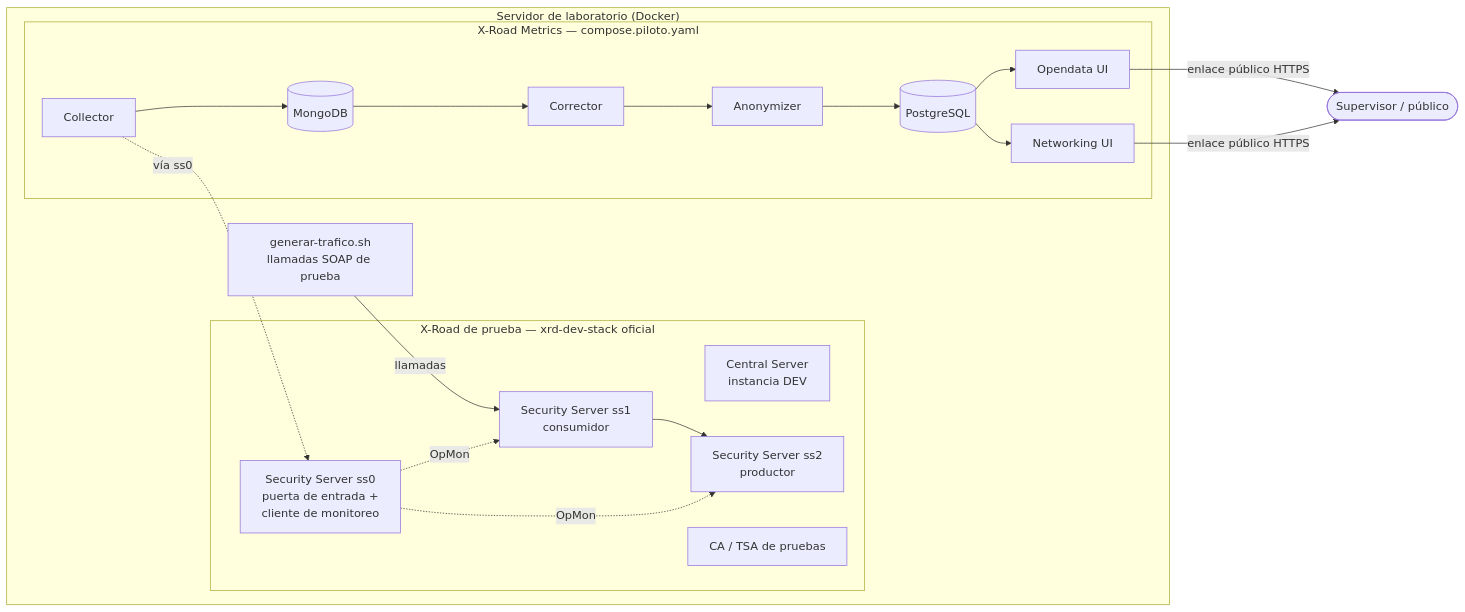
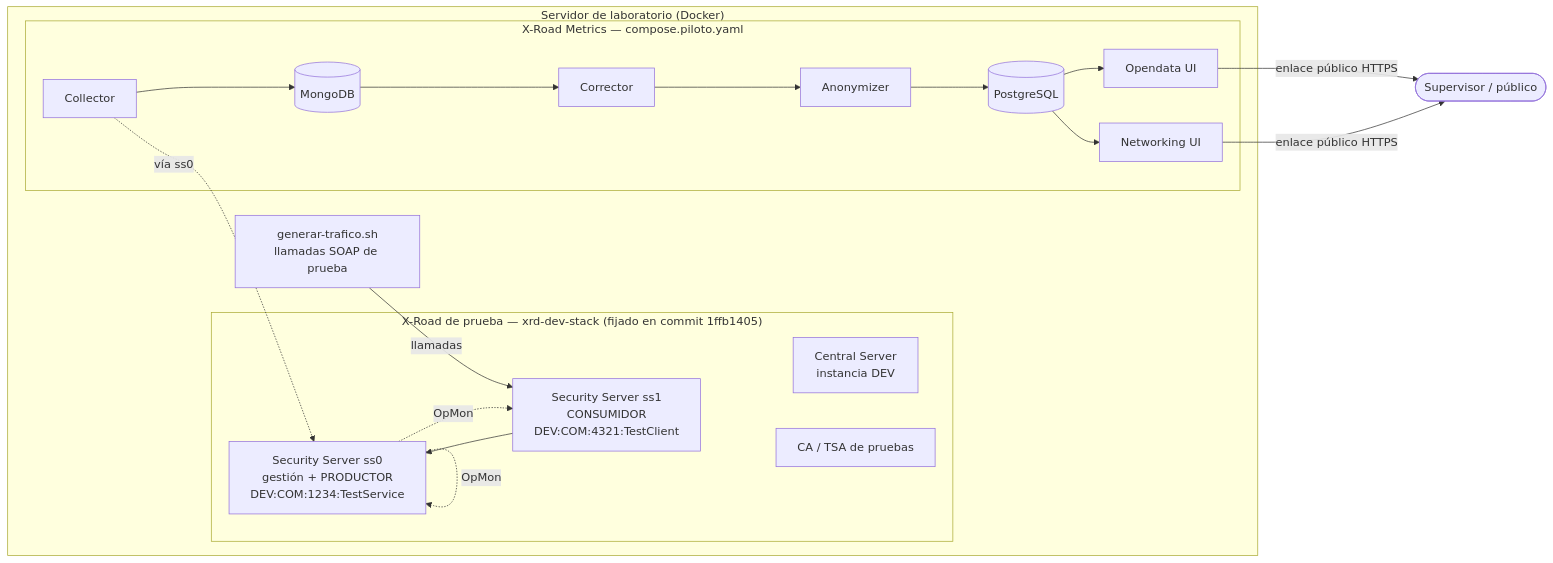
One commit to yasmanygm/xroad-monitoring changed the diagram in docs/12-laboratorio-xroad-prueba.md. Above: the diagram before and after it, drawn with Mermaid. The commit also changed other lines of this file and 1 other file, not shown here.

Commit message:
Corrige la guía del laboratorio (xrd-dev-stack en 1ffb1405, topología ss0/ss1, puerto 4310) y registra la decisión: enlace demo con Cloudflare Tunnel

````diff
--- a/docs/12-laboratorio-xroad-prueba.md
+++ b/docs/12-laboratorio-xroad-prueba.md
@@ -9,29 +9,28 @@
 ```mermaid
 flowchart LR
     subgraph HOST["Servidor de laboratorio (Docker)"]
-        subgraph XRD["X-Road de prueba — xrd-dev-stack oficial"]
+        subgraph XRD["X-Road de prueba — xrd-dev-stack (fijado en commit 1ffb1405)"]
             CS["Central Server<br/>instancia DEV"]
-            SS0["Security Server ss0<br/>puerta de entrada +<br/>cliente de monitoreo"]
-            SS1["Security Server ss1<br/>consumidor"]
-            SS2["Security Server ss2<br/>productor"]
+            SS0["Security Server ss0<br/>gestión + PRODUCTOR<br/>DEV:COM:1234:TestService"]
+            SS1["Security Server ss1<br/>CONSUMIDOR<br/>DEV:COM:4321:TestClient"]
             CA["CA / TSA de pruebas"]
         end
         subgraph MET["X-Road Metrics — compose.piloto.yaml"]
             COL["Collector"] --> MONGO[("MongoDB")]
             MONGO --> COR["Corrector"]
             COR --> ANON["Anonymizer"]
             ANON --> PG[("PostgreSQL")]
             PG --> OD["Opendata UI"]
             PG --> NET["Networking UI"]
         end
         TRAF["generar-trafico.sh<br/>llamadas SOAP de prueba"]
     end
     USER(["Supervisor / público"])
     TRAF -->|llamadas| SS1
-    SS1 --> SS2
+    SS1 --> SS0
     SS0 -.->|OpMon| SS1
-    SS0 -.->|OpMon| SS2
+    SS0 -.->|OpMon| SS0
     COL -.->|vía ss0| SS0
     OD -->|enlace público HTTPS| USER
     NET -->|enlace público HTTPS| USER
 ```
````
